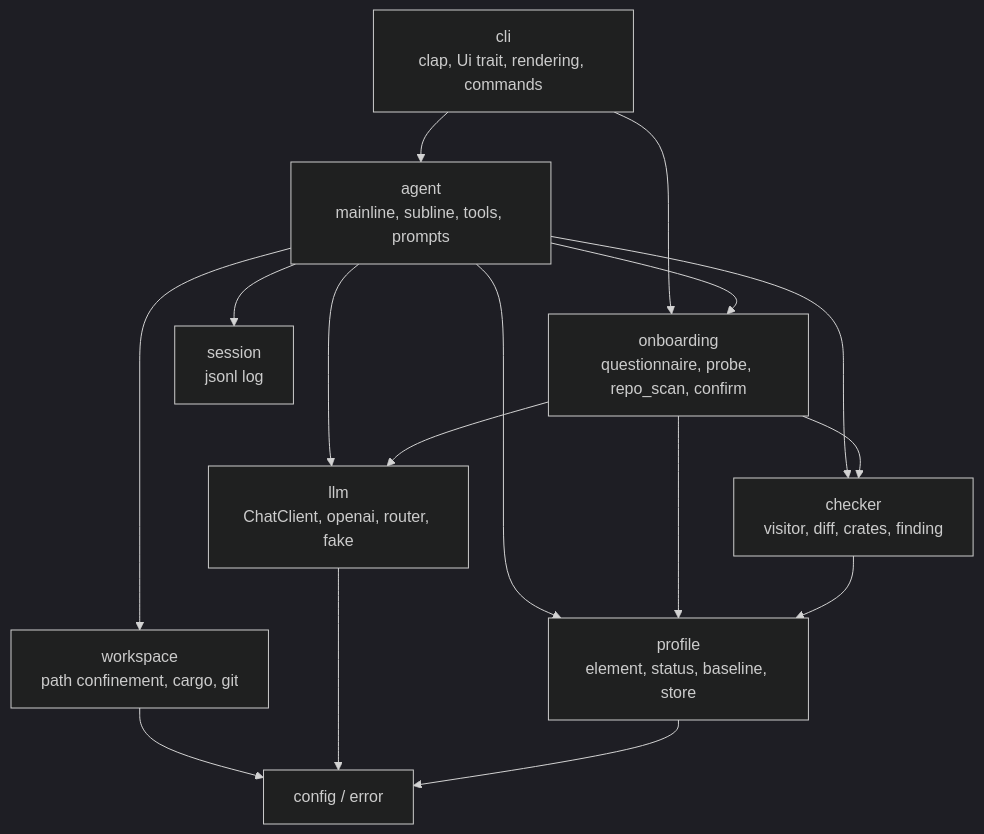
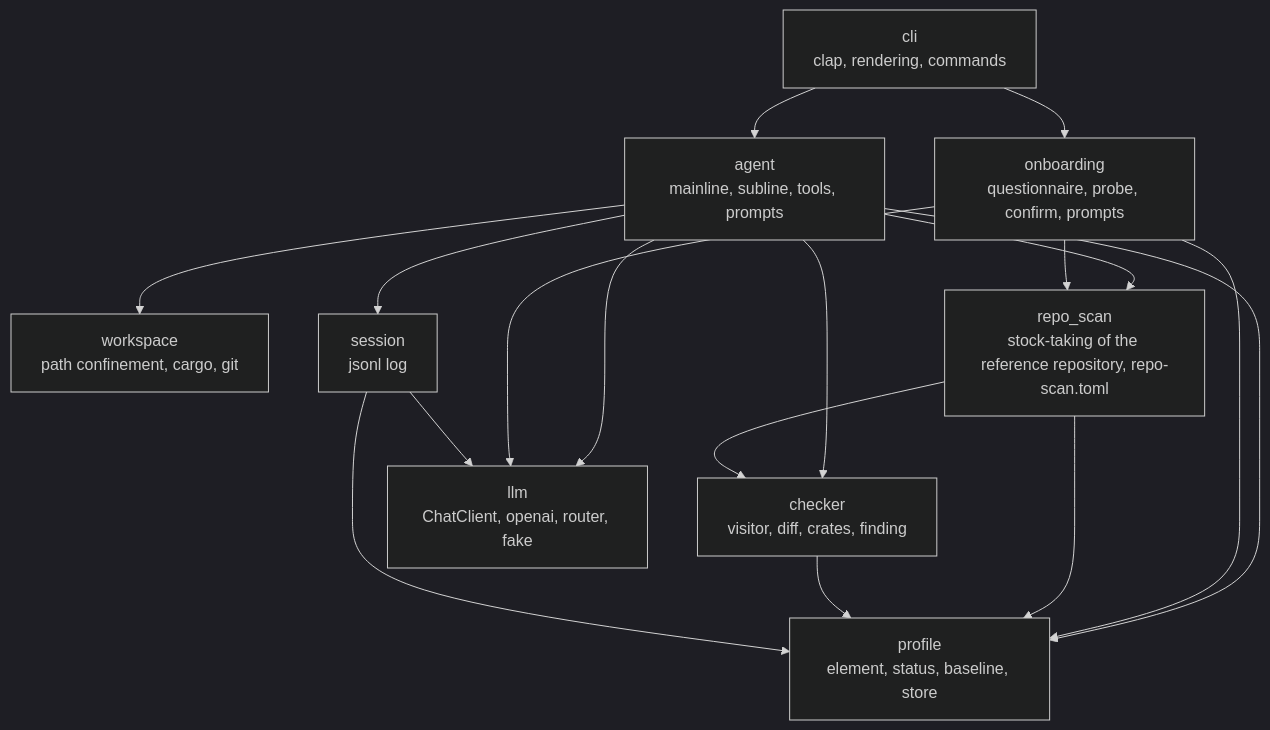
The seventh of 9 diagrams in PRD.md (sumiredc/molt), drawn with Mermaid (dark theme) before and after one commit. The commit also changed other lines of this file and 2 other files, not shown here.

Commit message:
PRD §8.2 の図を移した後の依存に直し、図に無い向きの依存をテストで検出する
agent と onboarding の循環を解いたあとの辺に図を合わせ、コードに無かった
workspace → config・profile → config を消し、session の辺を足した。土台
（config・error・ui）と最上位の cli は辺を描かず文で書く。

tests/module_deps.rs は src/ の全ファイル（テストを含む）を syn で読み、
top-level の module に届く path（crate:: と、深さと同じ数の super::。マクロの
トークンの中も含む）を集める。許す辺は PRD.md §8.2 の図から読み、土台へは
どこからでも（土台の中は config → error だけ）、cli からはどこへでも許す。
図の辺がどれも使われていること、PRD.ja.md の図の辺が同じことも確かめる。
crate のルートの glob は、名前を出さずに届くので常に失敗にする。

````diff
--- a/PRD.md
+++ b/PRD.md
@@ -309,18 +309,19 @@
 ```mermaid
 flowchart TB
-  cli["cli<br/>clap, Ui trait, rendering, commands"] --> agent["agent<br/>mainline, subline, tools, prompts"]
-  cli --> onboarding["onboarding<br/>questionnaire, probe, repo_scan, confirm"]
+  cli["cli<br/>clap, rendering, commands"] --> agent["agent<br/>mainline, subline, tools, prompts"]
+  cli --> onboarding["onboarding<br/>questionnaire, probe, confirm, prompts"]
   agent --> workspace["workspace<br/>path confinement, cargo, git"]
   agent --> checker["checker<br/>visitor, diff, crates, finding"]
   agent --> llm["llm<br/>ChatClient, openai, router, fake"]
   agent --> profile["profile<br/>element, status, baseline, store"]
   agent --> session["session<br/>jsonl log"]
-  agent --> onboarding
-  onboarding --> checker
+  agent --> repo_scan["repo_scan<br/>stock-taking of the reference repository, repo-scan.toml"]
   onboarding --> llm
   onboarding --> profile
+  onboarding --> repo_scan
+  repo_scan --> checker
+  repo_scan --> profile
   checker --> profile
-  workspace --> config["config / error"]
-  llm --> config
-  profile --> config
+  session --> llm
+  session --> profile
 ```
````
